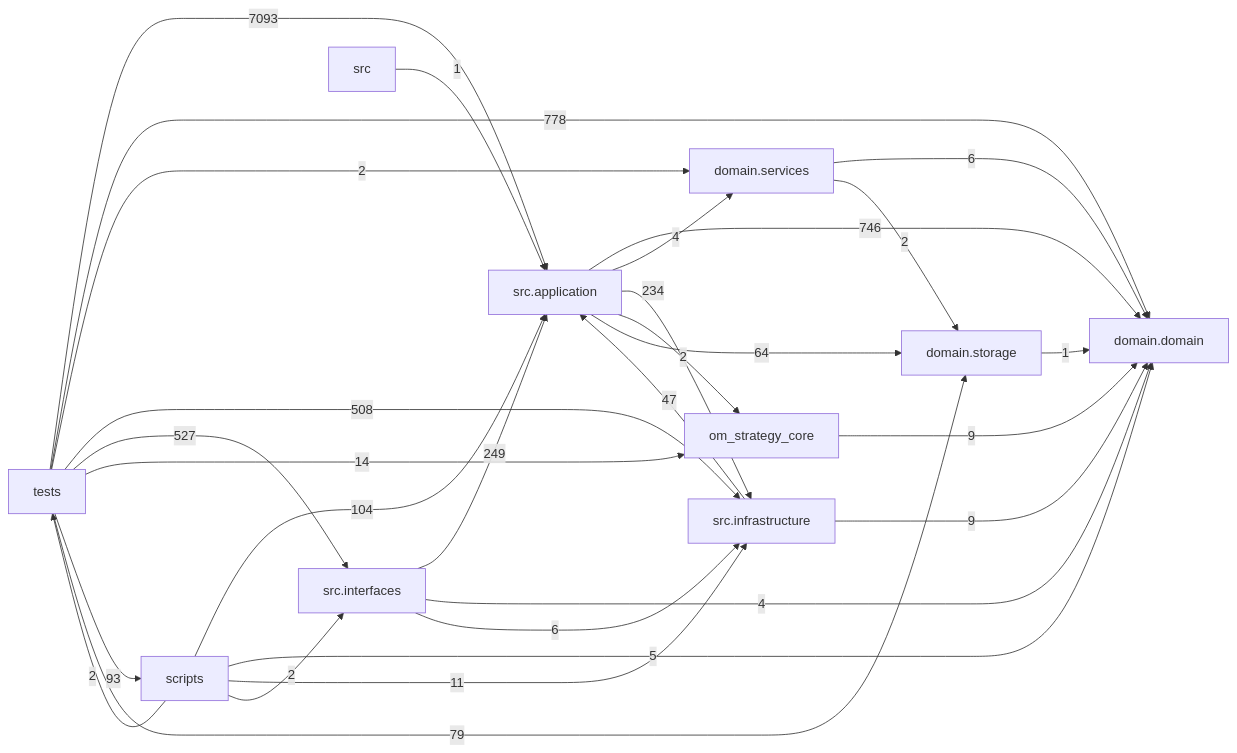
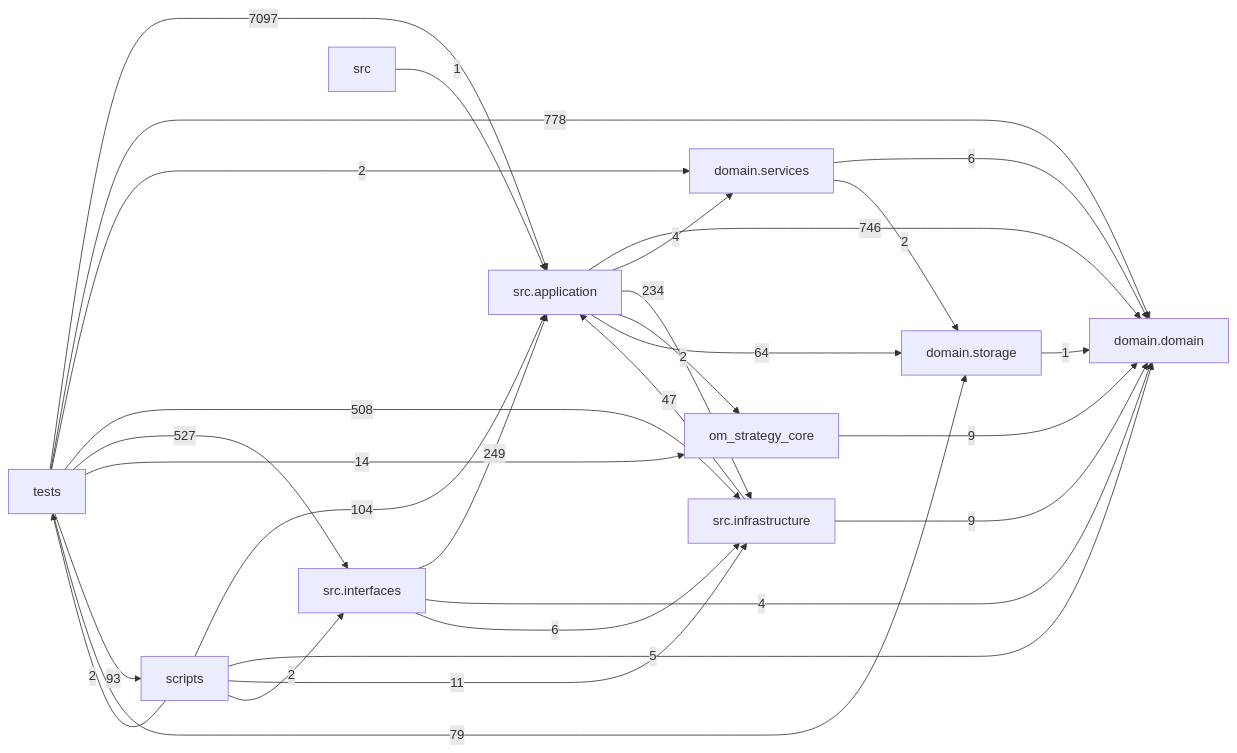
The diagram in docs/DEPENDENCY_GRAPH.md (liuxie066/options-monitor), drawn with Mermaid before and after one commit. The commit also changed other lines of this file and 6 other files, not shown here.

````diff
--- a/docs/DEPENDENCY_GRAPH.md
+++ b/docs/DEPENDENCY_GRAPH.md
@@ -24,39 +24,39 @@
 ```mermaid
 flowchart LR
   tests["tests"]
   scripts["scripts"]
   interfaces["src.interfaces"]
   application["src.application"]
   infrastructure["src.infrastructure"]
   domain_services["domain.services"]
   domain["domain.domain"]
   storage["domain.storage"]
   application -->|746| domain
   application -->|4| domain_services
   application -->|234| infrastructure
   application -->|2| om_strategy_core
   application -->|64| storage
   domain_services -->|6| domain
   domain_services -->|2| storage
   infrastructure -->|47| application
   infrastructure -->|9| domain
   interfaces -->|249| application
   interfaces -->|4| domain
   interfaces -->|6| infrastructure
   om_strategy_core -->|9| domain
   scripts -->|104| application
   scripts -->|5| domain
   scripts -->|11| infrastructure
   scripts -->|2| interfaces
   scripts -->|2| tests
   src -->|1| application
   storage -->|1| domain
-  tests -->|7093| application
+  tests -->|7097| application
   tests -->|778| domain
   tests -->|2| domain_services
   tests -->|508| infrastructure
   tests -->|527| interfaces
   tests -->|14| om_strategy_core
   tests -->|93| scripts
   tests -->|79| storage
 ```
````
